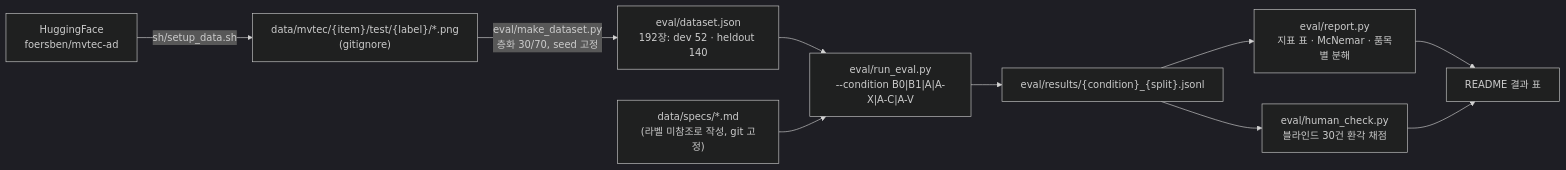
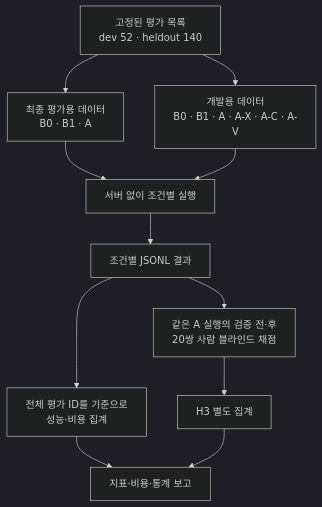
One commit to siamin20/grounded-visual-inspector changed the fifth of 5 diagrams in docs/architecture.md. Above: the diagram before and after it, drawn with Mermaid (dark theme). The commit also changed other lines of this file and 1 other file, not shown here.

````diff
--- a/docs/architecture.md
+++ b/docs/architecture.md
@@ -193,12 +144,14 @@
 ```mermaid
-flowchart LR
-    HF["HuggingFace<br/>foersben/mvtec-ad"] -->|"sh/setup_data.sh"| MV["data/mvtec/{item}/test/{label}/*.png<br/>(gitignore)"]
-    MV -->|"eval/make_dataset.py<br/>층화 30/70, seed 고정"| DS["eval/dataset.json<br/>192장: dev 52 · heldout 140"]
-    DS --> RUN["eval/run_eval.py<br/>--condition B0|B1|A|A-X|A-C|A-V"]
-    SPEC["data/specs/*.md<br/>(라벨 미참조로 작성, git 고정)"] --> RUN
-    RUN --> RES["eval/results/{condition}_{split}.jsonl"]
-    RES --> REP["eval/report.py<br/>지표 표 · McNemar · 품목별 분해"]
-    RES --> HC["eval/human_check.py<br/>블라인드 30건 환각 채점"]
-    REP --> README["README 결과 표"]
-    HC --> README
+flowchart TB
+    Data["고정된 평가 목록<br/>dev 52 · heldout 140"]
+    Data --> Main["최종 평가용 데이터<br/>B0 · B1 · A"]
+    Data --> Dev["개발용 데이터<br/>B0 · B1 · A · A-X · A-C · A-V"]
+    Main --> Run["서버 없이 조건별 실행"]
+    Dev --> Run
+    Run --> Rows["조건별 JSONL 결과"]
+    Rows --> Score["전체 평가 ID를 기준으로<br/>성능·비용 집계"]
+    Rows --> Blind["같은 A 실행의 검증 전·후<br/>20쌍 사람 블라인드 채점"]
+    Blind --> H3["H3 별도 집계"]
+    Score --> Result["지표·비용·통계 보고"]
+    H3 --> Result
 ```
````
